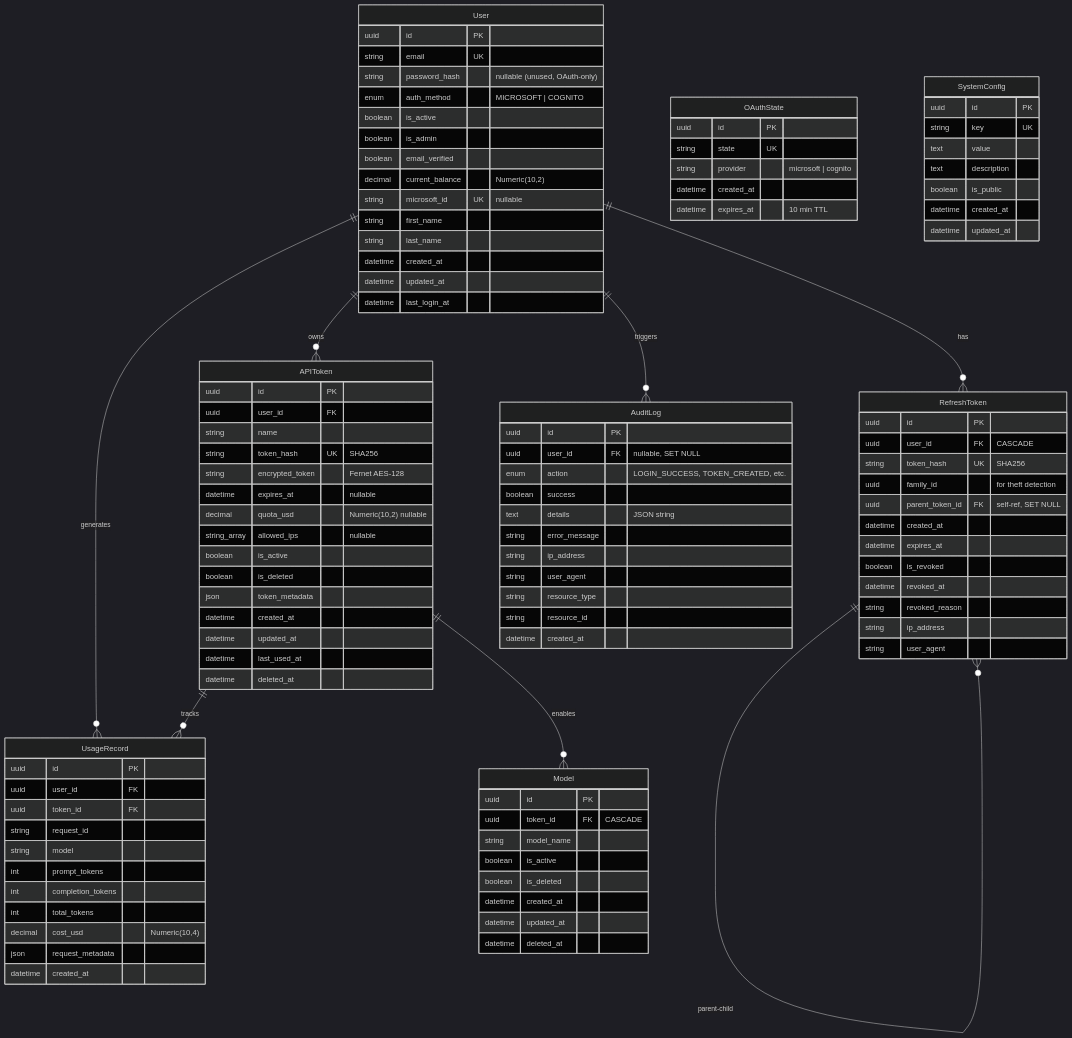
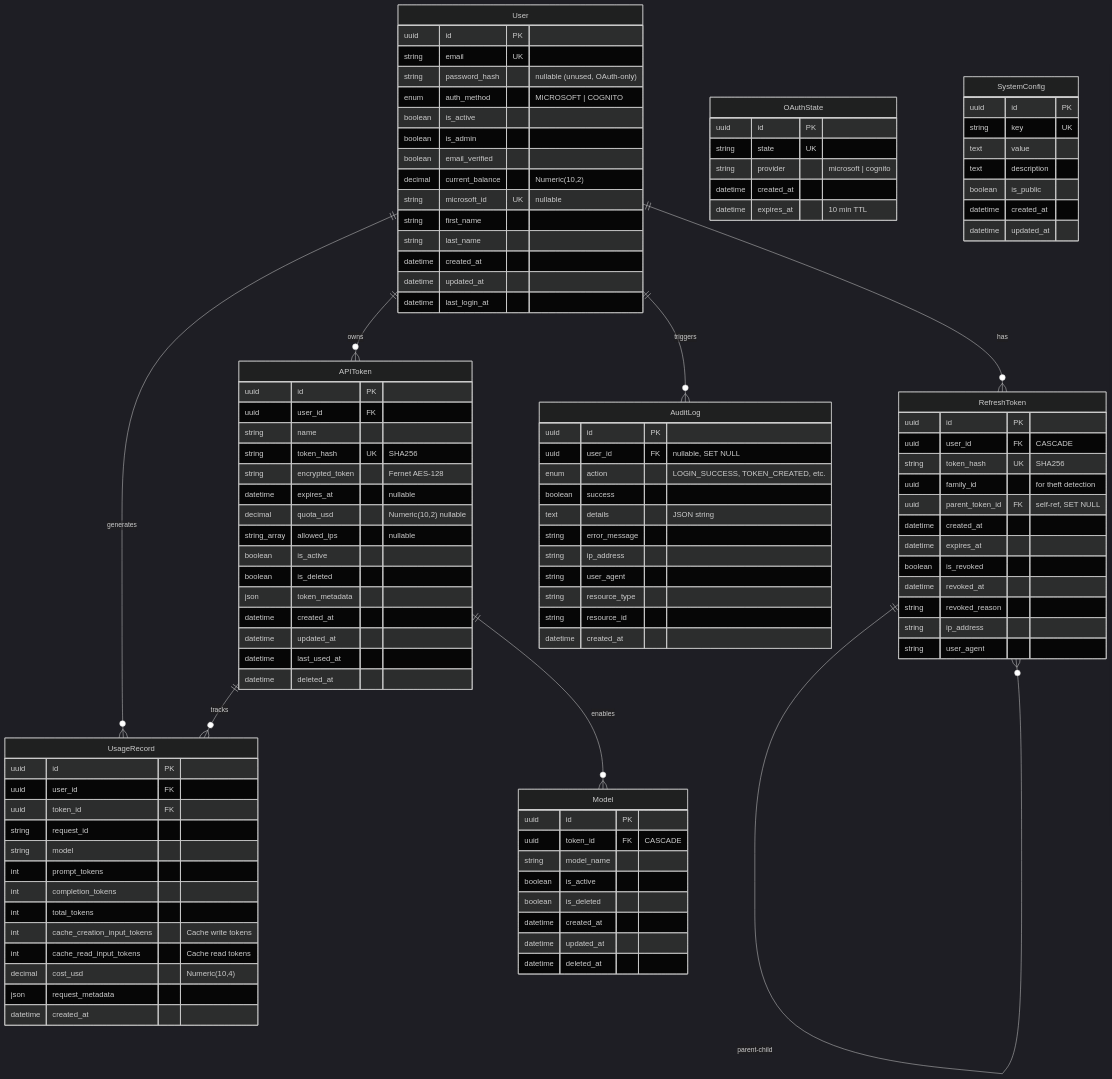
Before and after one commit to aws-samples/sample-kolya-br-proxy: the third of 9 diagrams in docs/architecture.md, drawn with Mermaid (dark theme). The commit also changed other lines of this file and 45 other files, not shown here.

```diff
--- a/docs/architecture.md
+++ b/docs/architecture.md
@@ -229,6 +229,8 @@
         int prompt_tokens
         int completion_tokens
         int total_tokens
+        int cache_creation_input_tokens "Cache write tokens"
+        int cache_read_input_tokens "Cache read tokens"
         decimal cost_usd "Numeric(10,4)"
         json request_metadata
         datetime created_at
```
